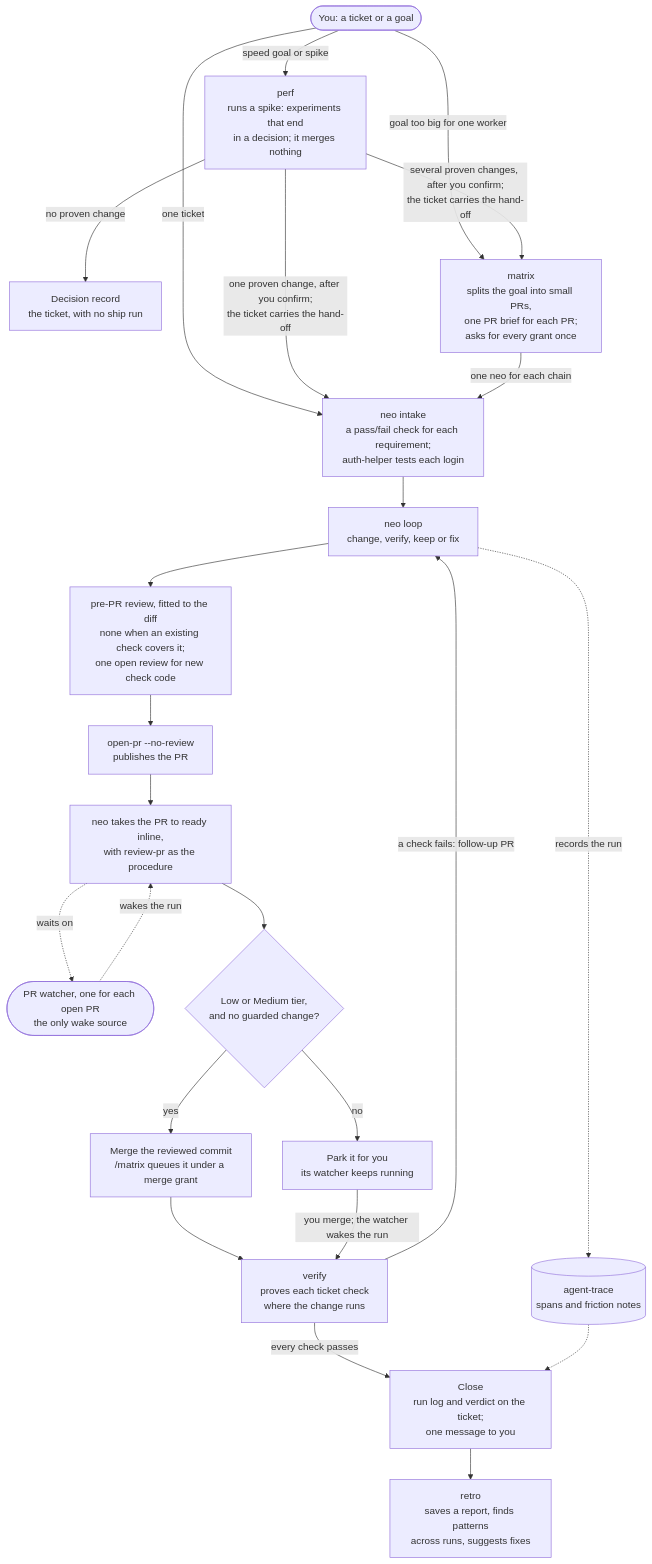
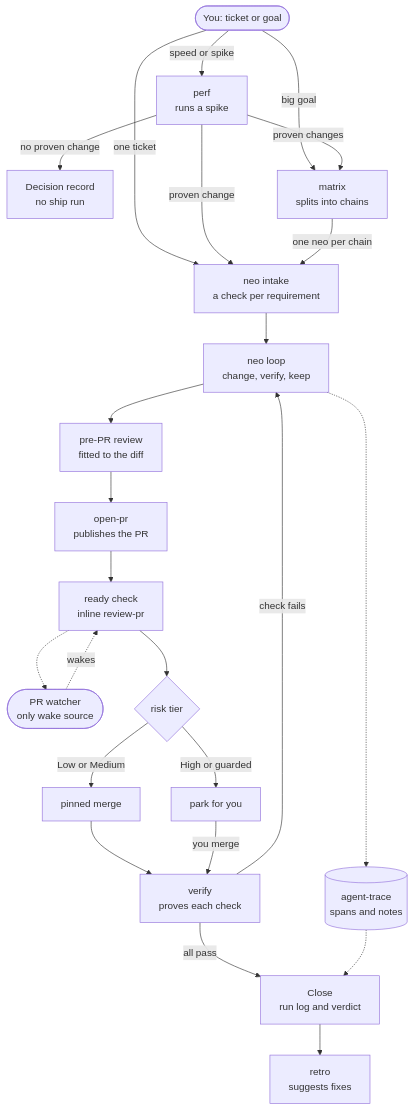
One commit to sucramual/mp changed the diagram in skills/neo-suite.md. Above: the diagram before and after it, drawn with Mermaid. The commit also changed other lines of this file and 3 other files, not shown here.

First line of the commit message:
docs(agents): make the change-map Mermaid label rules the default for every diagram (#60)

````diff
--- a/skills/neo-suite.md
+++ b/skills/neo-suite.md
@@ -6,40 +6,43 @@
 ```mermaid
+---
+config:
+  flowchart:
+    wrappingWidth: 400
+---
 flowchart TD
-    you([You: a ticket or a goal])
-    perf["perf<br/>runs a spike: experiments that end<br/>in a decision; it merges nothing"]
-    decision["Decision record<br/>the ticket, with no ship run"]
-    matrix["matrix<br/>splits the goal into small PRs,<br/>one PR brief for each PR;<br/>asks for every grant once"]
-    intake["neo intake<br/>a pass/fail check for each requirement;<br/>auth-helper tests each login"]
-    loop["neo loop<br/>change, verify, keep or fix"]
-    review["pre-PR review, fitted to the diff<br/>none when an existing check covers it;<br/>one open review for new check code"]
-    openpr["open-pr --no-review<br/>publishes the PR"]
-    ready["neo takes the PR to ready inline,<br/>with review-pr as the procedure"]
-    watcher(["PR watcher, one for each open PR<br/>the only wake source"])
-    tier{"Low or Medium tier,<br/>and no guarded change?"}
-    merge["Merge the reviewed commit<br/>/matrix queues it under a merge grant"]
-    park["Park it for you<br/>its watcher keeps running"]
-    verify["verify<br/>proves each ticket check<br/>where the change runs"]
-    trace[("agent-trace<br/>spans and friction notes")]
-    close["Close<br/>run log and verdict on the ticket;<br/>one message to you"]
-    retro["retro<br/>saves a report, finds patterns<br/>across runs, suggests fixes"]
+    you([You: ticket or goal])
+    perf["perf<br/>runs a spike"]
+    decision["Decision record<br/>no ship run"]
+    matrix["matrix<br/>splits into chains"]
+    intake["neo intake<br/>a check per requirement"]
+    loop["neo loop<br/>change, verify, keep"]
+    review["pre-PR review<br/>fitted to the diff"]
+    openpr["open-pr<br/>publishes the PR"]
+    ready["ready check<br/>inline review-pr"]
+    watcher(["PR watcher<br/>only wake source"])
+    tier{"risk tier"}
+    merge["pinned merge"]
+    park["park for you"]
+    verify["verify<br/>proves each check"]
+    trace[("agent-trace<br/>spans and notes")]
+    close["Close<br/>run log and verdict"]
+    retro["retro<br/>suggests fixes"]
 
     you -->|one ticket| intake
-    you -->|goal too big for one worker| matrix
-    you -->|speed goal or spike| perf
-    perf -->|one proven change, after you confirm;<br/>the ticket carries the hand-off| intake
-    perf -->|several proven changes, after you confirm;<br/>the ticket carries the hand-off| matrix
+    you -->|big goal| matrix
+    you -->|speed or spike| perf
+    perf -->|proven change| intake
+    perf -->|proven changes| matrix
     perf -->|no proven change| decision
-    matrix -->|one neo for each chain| intake
+    matrix -->|one neo per chain| intake
     intake --> loop --> review --> openpr --> ready
-    ready -.->|waits on| watcher
-    watcher -.->|wakes the run| ready
+    ready -.-> watcher
+    watcher -.->|wakes| ready
     ready --> tier
-    tier -->|yes| merge --> verify
-    tier -->|no| park
-    park -->|you merge; the watcher wakes the run| verify
-    verify -->|a check fails: follow-up PR| loop
-    verify -->|every check passes| close
-    loop -.->|records the run| trace
-    trace -.-> close
-    close --> retro
+    tier -->|Low or Medium| merge --> verify
+    tier -->|High or guarded| park
+    park -->|you merge| verify
+    verify -->|check fails| loop
+    verify -->|all pass| close --> retro
+    loop -.-> trace -.-> close
 ```
````
